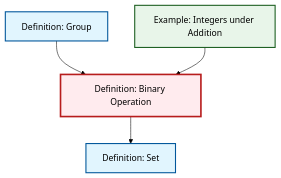
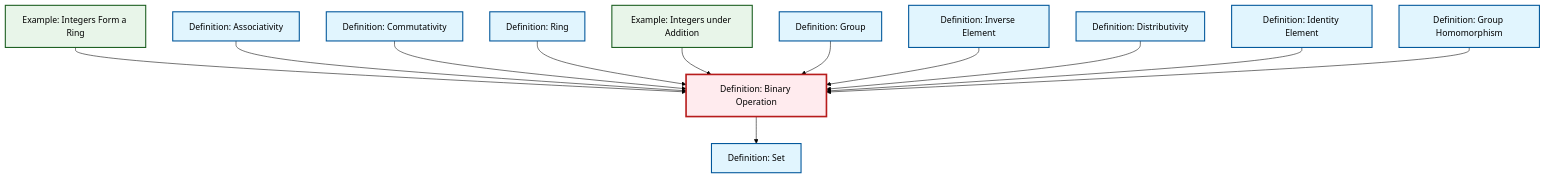
One commit to RK0429/ModernMath changed the diagram in content/en/algebra/def-binary-operation.qmd. Above: the diagram before and after it, drawn with Mermaid (forest theme). The commit also changed other lines of this file and 203 other files, not shown here.

````diff
--- a/content/en/algebra/def-binary-operation.qmd
+++ b/content/en/algebra/def-binary-operation.qmd
@@ -52,21 +52,33 @@
 ```{mermaid}
 %%| fig-cap: "Local dependency graph"
 graph TD
     classDef definition fill:#e1f5fe,stroke:#01579b,stroke-width:2px
     classDef theorem fill:#f3e5f5,stroke:#4a148c,stroke-width:2px
     classDef axiom fill:#fff3e0,stroke:#e65100,stroke-width:2px
     classDef example fill:#e8f5e9,stroke:#1b5e20,stroke-width:2px
     classDef current fill:#ffebee,stroke:#b71c1c,stroke-width:3px
+    def-group["Definition: Group"]:::definition
+    def-identity-element["Definition: Identity Element"]:::definition
     def-binary-operation["Definition: Binary Operation"]:::definition
+    def-commutativity["Definition: Commutativity"]:::definition
+    def-ring["Definition: Ring"]:::definition
+    def-inverse-element["Definition: Inverse Element"]:::definition
+    def-set["Definition: Set"]:::definition
+    def-homomorphism["Definition: Group Homomorphism"]:::definition
     ex-integers-addition["Example: Integers under Addition"]:::example
-    def-set["Definition: Set"]:::definition
-    def-group["Definition: Group"]:::definition
+    ex-integers-ring["Example: Integers Form a Ring"]:::example
+    def-distributivity["Definition: Distributivity"]:::definition
+    def-associativity["Definition: Associativity"]:::definition
+    ex-integers-ring --> def-binary-operation
+    def-associativity --> def-binary-operation
+    def-commutativity --> def-binary-operation
+    def-ring --> def-binary-operation
+    ex-integers-addition --> def-binary-operation
     def-group --> def-binary-operation
-    ex-integers-addition --> def-binary-operation
     def-binary-operation --> def-set
+    def-inverse-element --> def-binary-operation
+    def-distributivity --> def-binary-operation
+    def-identity-element --> def-binary-operation
+    def-homomorphism --> def-binary-operation
     class def-binary-operation current
-
-    click ex-integers-addition "ex-integers-addition.html" "Go to Integers under Addition example"
-    click def-set "def-set.html" "Go to Set definition"
-    click def-group "def-group.html" "Go to Group definition"
 ```
````
